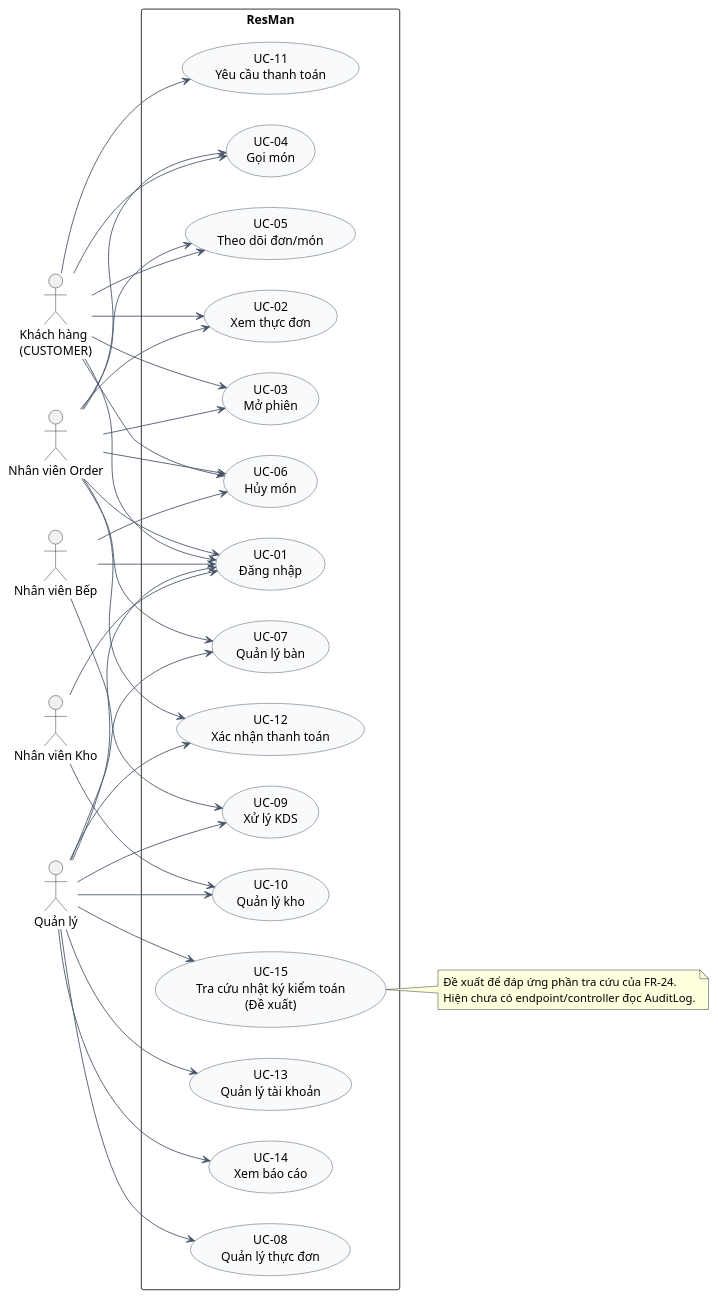
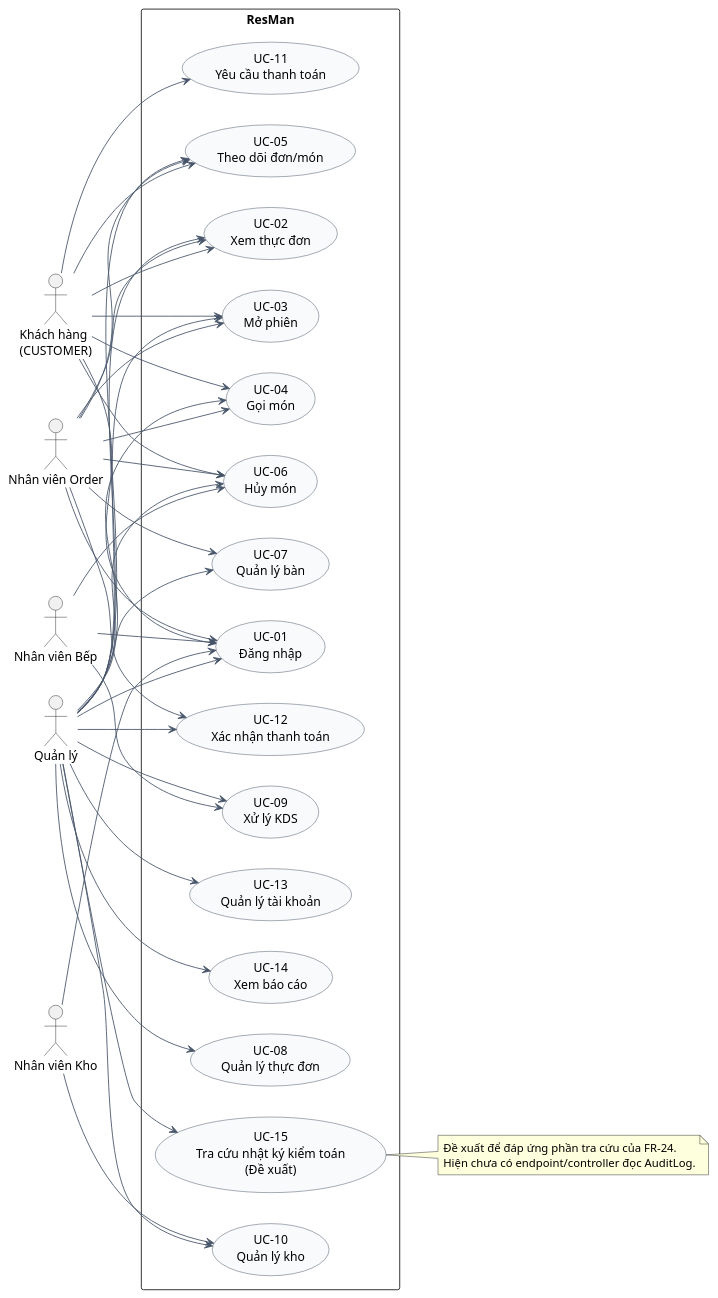
One commit to NTMHuy/ResMan changed the diagram in docs/analysis/diagrams/use-cases.puml. Above: the diagram before and after it, drawn with PlantUML.

Commit message:
docs(diagrams): align manager use cases with requirements matrix

```diff
--- a/docs/analysis/diagrams/use-cases.puml
+++ b/docs/analysis/diagrams/use-cases.puml
@@ -1,64 +1,69 @@
 @startuml
 left to right direction
 skinparam packageStyle rectangle
 skinparam usecase {
   BackgroundColor #F8FAFC
   BorderColor #334155
   ArrowColor #475569
 }
 actor "Khách hàng\n(CUSTOMER)" as Customer
 actor "Nhân viên Order" as OrderStaff
 actor "Nhân viên Bếp" as Kitchen
 actor "Nhân viên Kho" as Inventory
 actor "Quản lý" as Manager
 rectangle "ResMan" {
   usecase "UC-01\nĐăng nhập" as UC01
   usecase "UC-02\nXem thực đơn" as UC02
   usecase "UC-03\nMở phiên" as UC03
   usecase "UC-04\nGọi món" as UC04
   usecase "UC-05\nTheo dõi đơn/món" as UC05
   usecase "UC-06\nHủy món" as UC06
   usecase "UC-07\nQuản lý bàn" as UC07
   usecase "UC-08\nQuản lý thực đơn" as UC08
   usecase "UC-09\nXử lý KDS" as UC09
   usecase "UC-10\nQuản lý kho" as UC10
   usecase "UC-11\nYêu cầu thanh toán" as UC11
   usecase "UC-12\nXác nhận thanh toán" as UC12
   usecase "UC-13\nQuản lý tài khoản" as UC13
   usecase "UC-14\nXem báo cáo" as UC14
   usecase "UC-15\nTra cứu nhật ký kiểm toán\n(Đề xuất)" as UC15
 }
 Customer --> UC01
 Customer --> UC02
 Customer --> UC03
 Customer --> UC04
 Customer --> UC05
 Customer --> UC06
 Customer --> UC11
 OrderStaff --> UC01
 OrderStaff --> UC02
 OrderStaff --> UC03
 OrderStaff --> UC04
 OrderStaff --> UC05
 OrderStaff --> UC06
 OrderStaff --> UC07
 OrderStaff --> UC12
 Kitchen --> UC01
 Kitchen --> UC06
 Kitchen --> UC09
 Inventory --> UC01
 Inventory --> UC10
 Manager --> UC01
+Manager --> UC02
+Manager --> UC03
+Manager --> UC04
+Manager --> UC05
+Manager --> UC06
 Manager --> UC07
 Manager --> UC08
 Manager --> UC09
 Manager --> UC10
 Manager --> UC12
 Manager --> UC13
 Manager --> UC14
 Manager --> UC15
 note right of UC15
   Đề xuất để đáp ứng phần tra cứu của FR-24.
   Hiện chưa có endpoint/controller đọc AuditLog.
 end note
 @enduml
```
